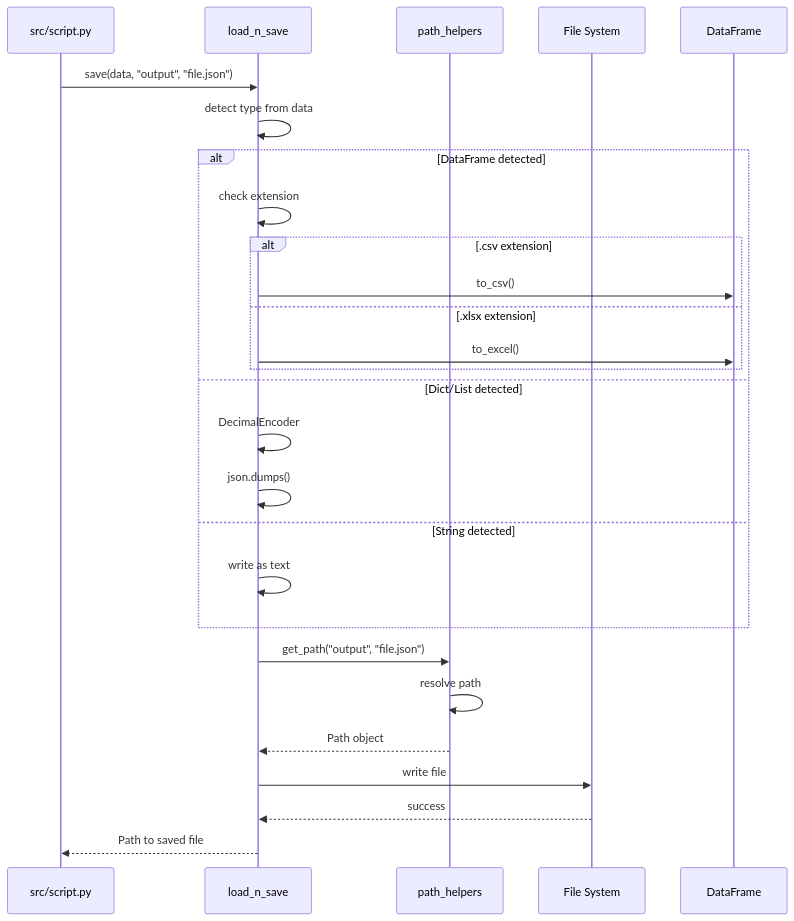
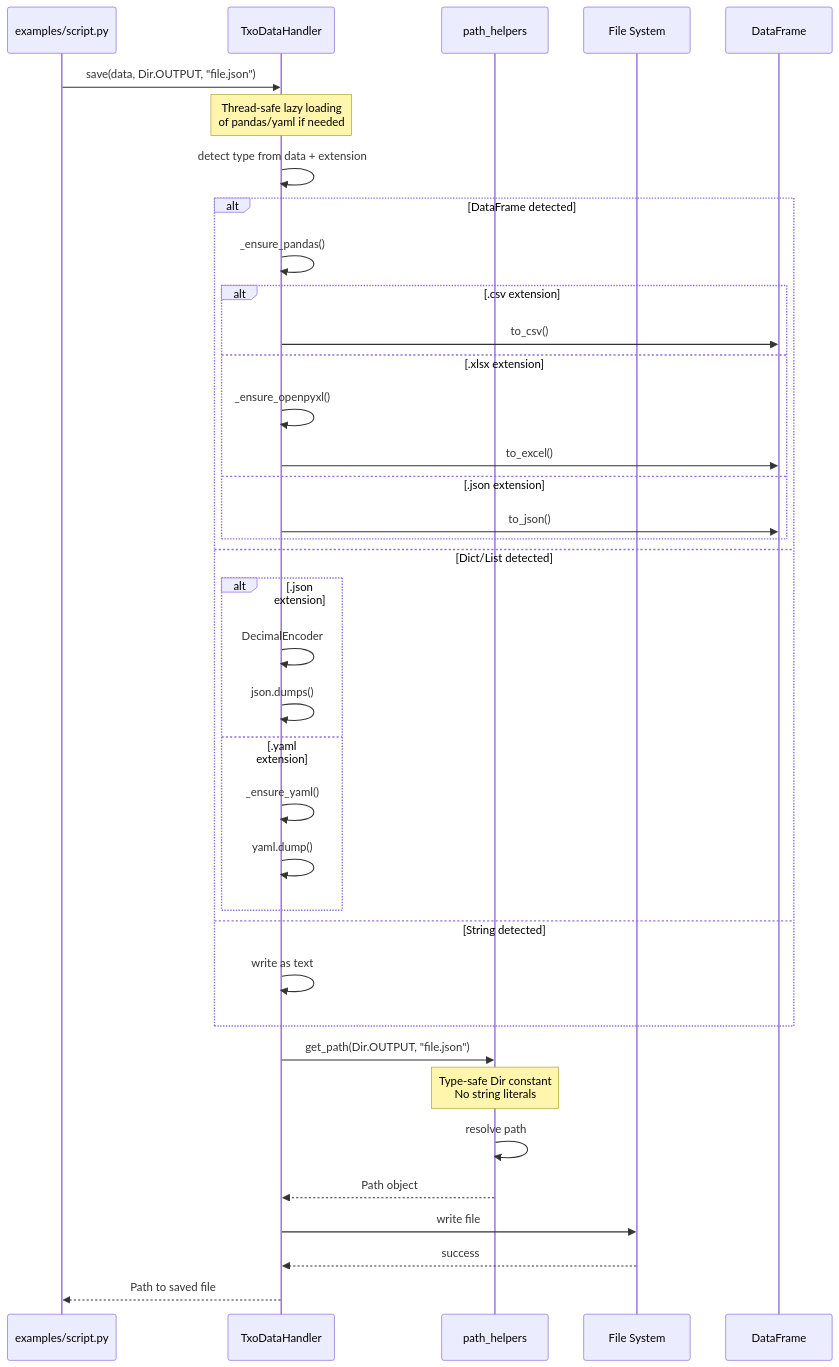
One commit to tentixo/txo-python-template changed the fourth of 4 diagrams in module-dependency-diagram.md. Above: the diagram before and after it, drawn with Mermaid. The commit also changed other lines of this file and 11 other files, not shown here.

````diff
--- a/module-dependency-diagram.md
+++ b/module-dependency-diagram.md
@@ -225,32 +325,46 @@
 ```mermaid
 sequenceDiagram
-    participant Script as src/script.py
-    participant DataHandler as load_n_save
+    participant Script as examples/script.py
+    participant DataHandler as TxoDataHandler
     participant PathHelper as path_helpers
     participant FileSystem as File System
 
-    Script->>DataHandler: save(data, "output", "file.json")
-    DataHandler->>DataHandler: detect type from data
+    Script->>DataHandler: save(data, Dir.OUTPUT, "file.json")
+    
+    Note over DataHandler: Thread-safe lazy loading<br/>of pandas/yaml if needed
+    
+    DataHandler->>DataHandler: detect type from data + extension
     
     alt DataFrame detected
-        DataHandler->>DataHandler: check extension
+        DataHandler->>DataHandler: _ensure_pandas()
         alt .csv extension
             DataHandler->>DataFrame: to_csv()
         else .xlsx extension
+            DataHandler->>DataHandler: _ensure_openpyxl()
             DataHandler->>DataFrame: to_excel()
+        else .json extension
+            DataHandler->>DataFrame: to_json()
         end
     else Dict/List detected
-        DataHandler->>DataHandler: DecimalEncoder
-        DataHandler->>DataHandler: json.dumps()
+        alt .json extension
+            DataHandler->>DataHandler: DecimalEncoder
+            DataHandler->>DataHandler: json.dumps()
+        else .yaml extension
+            DataHandler->>DataHandler: _ensure_yaml()
+            DataHandler->>DataHandler: yaml.dump()
+        end
     else String detected
         DataHandler->>DataHandler: write as text
     end
     
-    DataHandler->>PathHelper: get_path("output", "file.json")
+    DataHandler->>PathHelper: get_path(Dir.OUTPUT, "file.json")
+    
+    Note over PathHelper: Type-safe Dir constant<br/>No string literals
+    
     PathHelper->>PathHelper: resolve path
     PathHelper-->>DataHandler: Path object
     
     DataHandler->>FileSystem: write file
     FileSystem-->>DataHandler: success
     DataHandler-->>Script: Path to saved file
 ```
````
